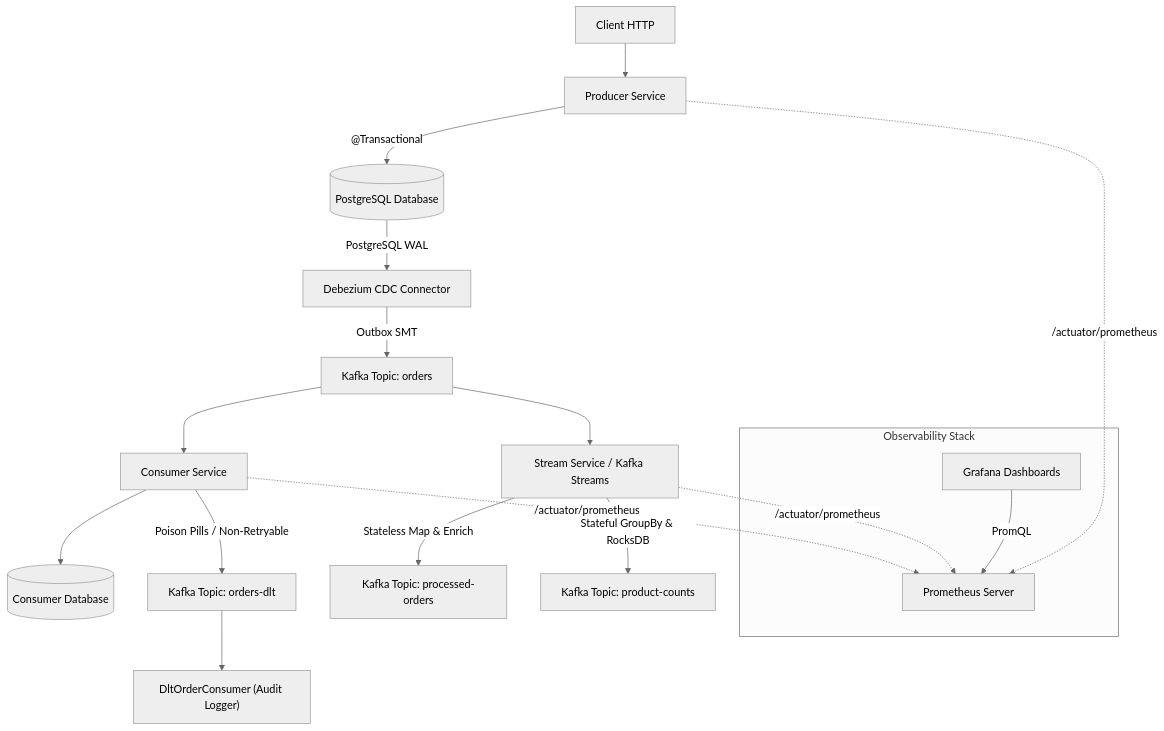
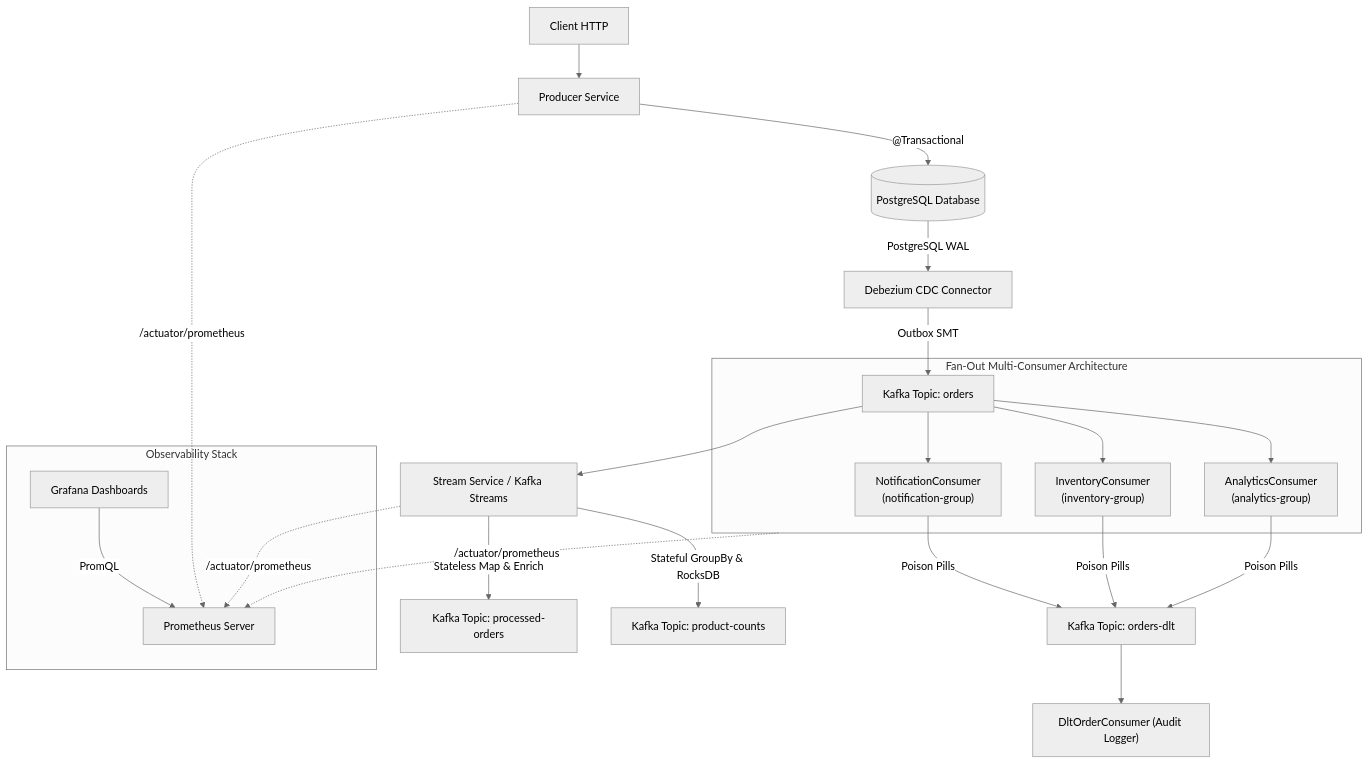
The diagram in README.md (yunusbaskan04/bigdataapp-event_platform-advanced), drawn with Mermaid (neutral theme) before and after one commit. The commit also changed other lines of this file and 4 other files, not shown here.

Commit message:
docs(readme): update architecture diagram and topology view with fan-out multi-consumer architecture

````diff
--- a/README.md
+++ b/README.md
@@ -46,26 +46,32 @@
 ```mermaid
 flowchart TD
     Client[Client HTTP] --> Producer[Producer Service]
     Producer -->|"@Transactional"| DB[(PostgreSQL Database)]
     DB -->|"PostgreSQL WAL"| Debezium[Debezium CDC Connector]
     Debezium -->|"Outbox SMT"| OrdersTopic["Kafka Topic: orders"]
     
-    OrdersTopic --> Consumer[Consumer Service]
-    Consumer --> ConsumerDB[(Consumer Database)]
-    Consumer -->|"Poison Pills / Non-Retryable"| DLTTopic["Kafka Topic: orders-dlt"]
+    subgraph FanOutConsumers ["Fan-Out Multi-Consumer Architecture"]
+        OrdersTopic --> NotificationConsumer["NotificationConsumer\n(notification-group)"]
+        OrdersTopic --> InventoryConsumer["InventoryConsumer\n(inventory-group)"]
+        OrdersTopic --> AnalyticsConsumer["AnalyticsConsumer\n(analytics-group)"]
+    end
+
+    NotificationConsumer -->|"Poison Pills"| DLTTopic["Kafka Topic: orders-dlt"]
+    InventoryConsumer -->|"Poison Pills"| DLTTopic
+    AnalyticsConsumer -->|"Poison Pills"| DLTTopic
     DLTTopic --> DLTConsumer["DltOrderConsumer (Audit Logger)"]
 
     OrdersTopic --> Stream["Stream Service / Kafka Streams"]
     Stream -->|"Stateless Map & Enrich"| ProcessedTopic["Kafka Topic: processed-orders"]
     Stream -->|"Stateful GroupBy & RocksDB"| CountsTopic["Kafka Topic: product-counts"]
 
     subgraph Observability ["Observability Stack"]
         Prometheus[Prometheus Server]
         Grafana[Grafana Dashboards]
         Grafana -->|"PromQL"| Prometheus
     end
 
     Producer -.->|"/actuator/prometheus"| Prometheus
-    Consumer -.->|"/actuator/prometheus"| Prometheus
+    FanOutConsumers -.->|"/actuator/prometheus"| Prometheus
     Stream -.->|"/actuator/prometheus"| Prometheus
 ```
````
